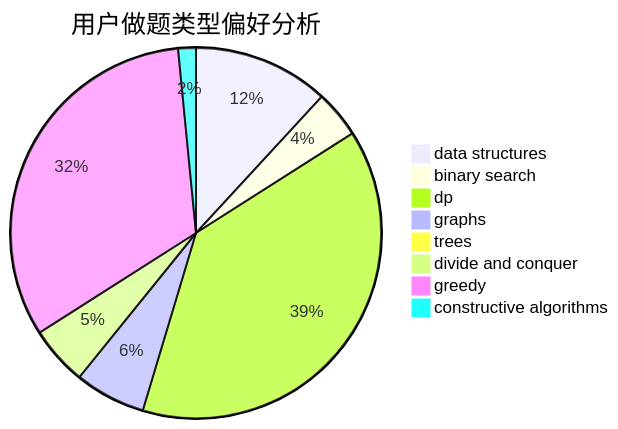
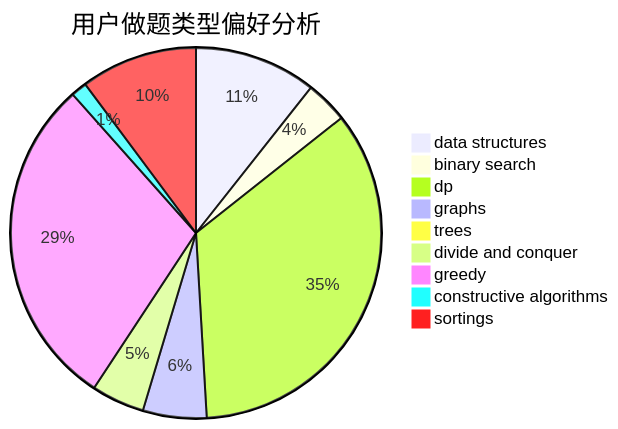
Before and after one commit to sherpahu/cfrs.github.io: the second of 3 diagrams in docs/user/u2257.md, drawn with Mermaid. The commit also changed other lines of this file and 2769 other files, not shown here.

````diff
--- a/docs/user/u2257.md
+++ b/docs/user/u2257.md
@@ -23,11 +18,12 @@
 ```mermaid
 pie title 用户做题类型偏好分析
     "data structures" :  23
     "binary search" :  8
     "dp" :  75
     "graphs" :  12
     "trees" :  0
     "divide and conquer" :  10
     "greedy" :  63
     "constructive algorithms" :  3
+    "sortings" :  22
 ```
````
